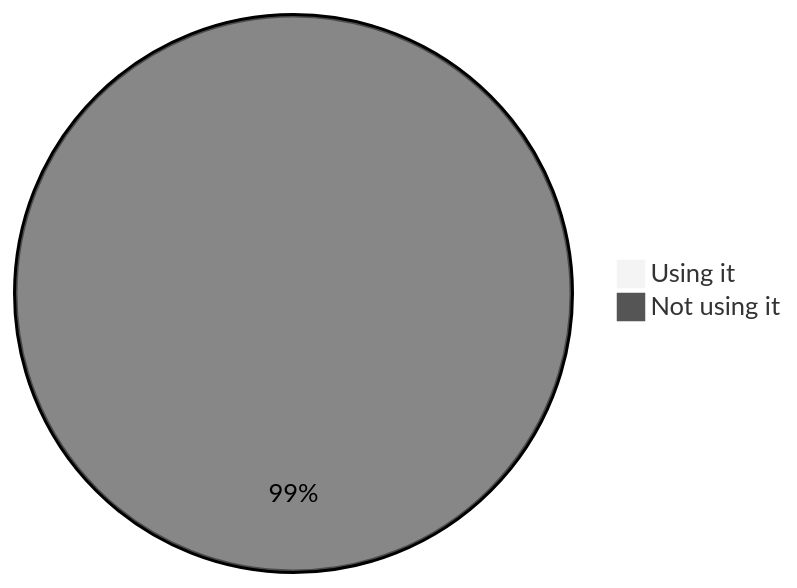
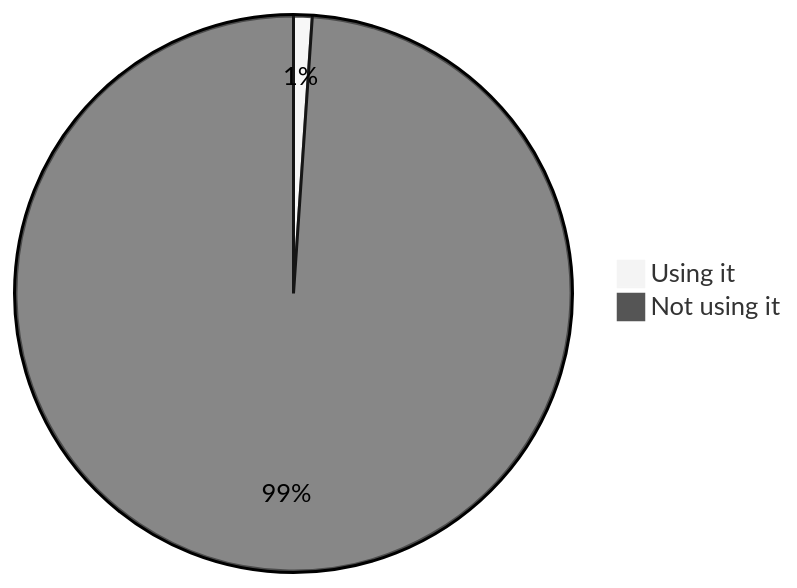
Before and after one commit to oshp/oshp-stats: the fifth of 22 diagrams in stats.md, drawn with Mermaid (neutral theme). The commit also changed other lines of this file, not shown here.

````diff
--- a/stats.md
+++ b/stats.md
@@ -58,6 +58,6 @@
 ```mermaid
 pie
-	"Using it" : 0.93
-	"Not using it" : 99.07
+	"Using it" : 1.08
+	"Not using it" : 98.92
 
 ```
````
